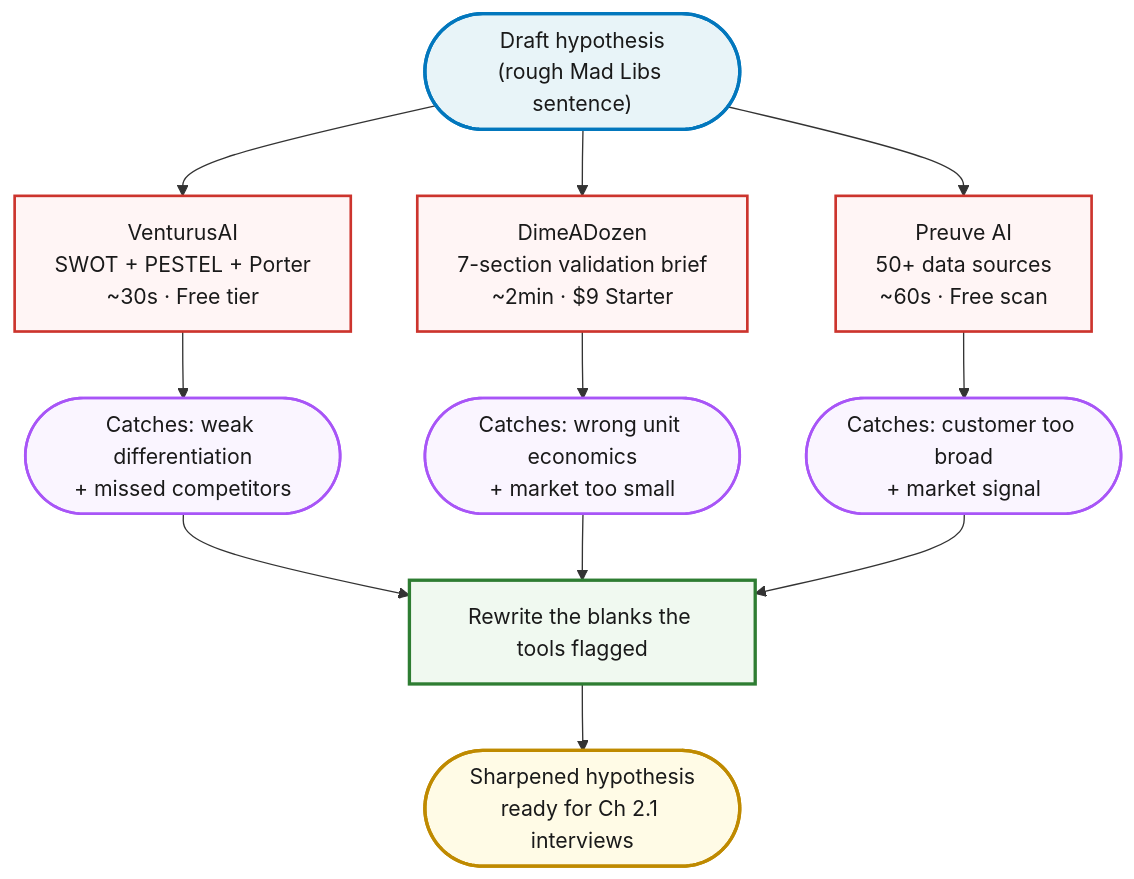
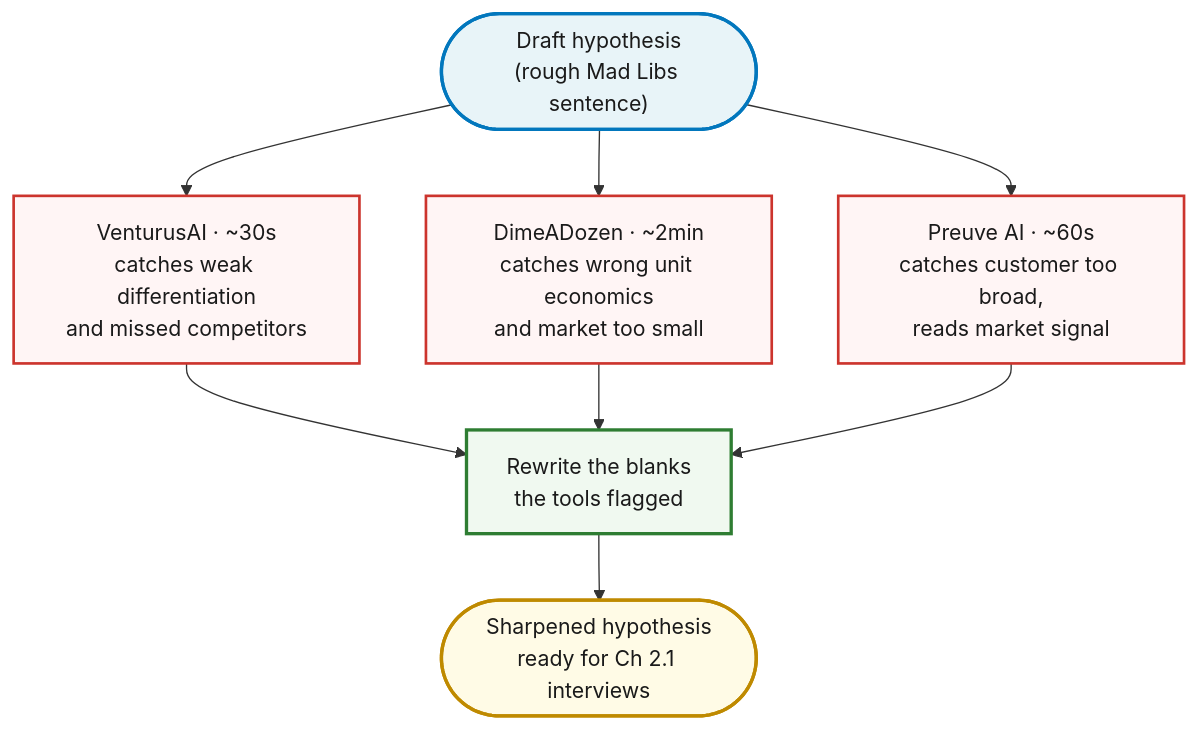
The diagram in content/course/tech-for-non-technical-founders-2026/validation-tools-field-guide/index.md (jetthoughts/jetthoughts.github.io), drawn with Mermaid before and after one commit. The commit also changed 2 other files, not shown here.

Commit message:
fix(course): PR #361 review round - lineColor align + 2 owner-flagged diagrams
- lineColor default #453f3f -> #333 (CodeRabbit: diverged from the
  prompt guidance and every per-diagram init)
- validation-tools 'Why use validation tools' tree: merged the Catches
  capsules into the tool cards (they duplicated the table right below),
  dropped the volatile '$9 Starter' price hardcoded inside the diagram
  (de-hardcoding policy) - tree is now 3 rows instead of 5
- 2.3 'full journey': lone-column TD straggle (~1,500px of sparse
  stacked Step boxes) -> compact 6-node LR anchor strip above the
  numbered list that carries the detail

Gates: build green, test:critical 46/46; visual suites ran green after
the lineColor change.

Claude-Session: https://claude.ai/code/session_01GYRU9wGepomJo5hSuqtu7V

````diff
--- a/content/course/tech-for-non-technical-founders-2026/validation-tools-field-guide/index.md
+++ b/content/course/tech-for-non-technical-founders-2026/validation-tools-field-guide/index.md
@@ -45,27 +45,22 @@
 ```mermaid
 %%{init: {'theme':'base', 'themeVariables': {'fontFamily':'Caveat, Patrick Hand, cursive', 'primaryColor':'#fff5f5', 'primaryBorderColor':'#cc342d', 'lineColor':'#333', 'primaryTextColor':'#1a1a1a'}}}%%
 flowchart TD
     Draft(["Draft hypothesis<br/>(rough Mad Libs sentence)"])
-    Draft --> V[VenturusAI<br/>SWOT + PESTEL + Porter<br/>~30s · Free tier]
-    Draft --> D[DimeADozen<br/>7-section validation brief<br/>~2min · $9 Starter]
-    Draft --> P[Preuve AI<br/>50+ data sources<br/>~60s · Free scan]
-    V --> Catch(["Catches: weak differentiation<br/>+ missed competitors"])
-    D --> Sizing(["Catches: wrong unit economics<br/>+ market too small"])
-    P --> Niche(["Catches: customer too broad<br/>+ market signal"])
-    Catch --> Refine[Rewrite the blanks the tools flagged]
-    Sizing --> Refine
-    Niche --> Refine
+    Draft --> V["VenturusAI · ~30s<br/>catches weak differentiation<br/>and missed competitors"]
+    Draft --> D["DimeADozen · ~2min<br/>catches wrong unit economics<br/>and market too small"]
+    Draft --> P["Preuve AI · ~60s<br/>catches customer too broad,<br/>reads market signal"]
+    V --> Refine["Rewrite the blanks<br/>the tools flagged"]
+    D --> Refine
+    P --> Refine
     Refine --> Out(["Sharpened hypothesis<br/>ready for Ch 2.1 interviews"])
 
     classDef draft fill:#e8f4f8,stroke:#0277bd,stroke-width:2.5px,color:#1a1a1a
     classDef tool fill:#fff5f5,stroke:#cc342d,stroke-width:2px,color:#1a1a1a
-    classDef catch fill:#faf5ff,stroke:#a855f7,stroke-width:2px,color:#1a1a1a
     classDef refine fill:#f0f9f0,stroke:#2e7d32,stroke-width:2.5px,color:#1a1a1a
     classDef out fill:#fffbe6,stroke:#bf8a00,stroke-width:2.5px,color:#1a1a1a
 
     class Draft draft
     class V,D,P tool
-    class Catch,Sizing,Niche catch
     class Refine refine
     class Out out
 ```
````
